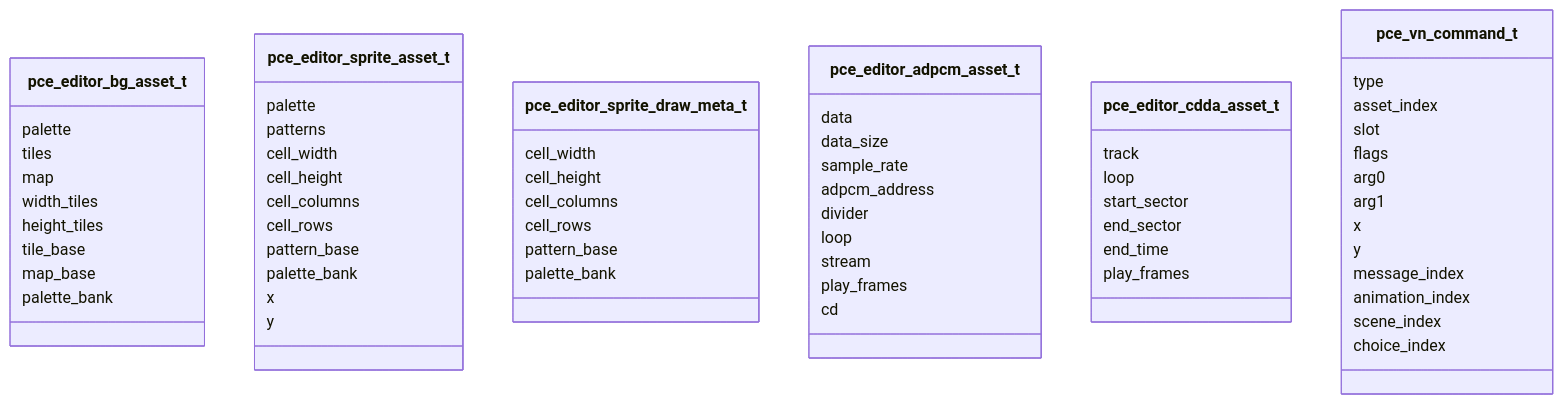
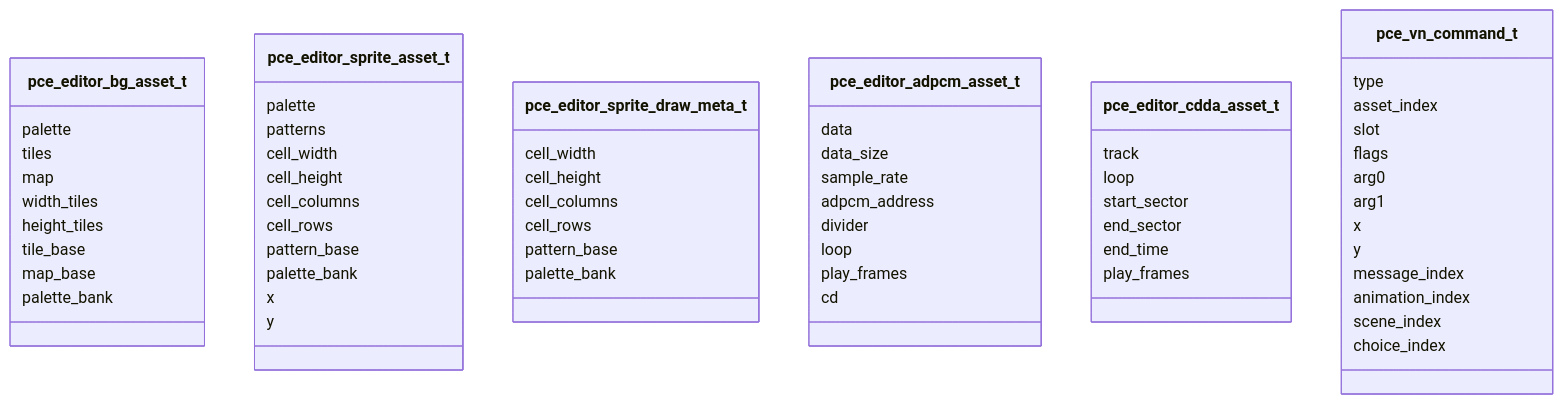
One commit to HOSSIE-JP/pce-game-editor changed the second of 6 diagrams in docs/pce-media-programming-guide.md. Above: the diagram before and after it, drawn with Mermaid. The commit also changed other lines of this file and 31 other files, not shown here.

````diff
--- a/docs/pce-media-programming-guide.md
+++ b/docs/pce-media-programming-guide.md
@@ -587,66 +583,65 @@
 ```mermaid
 classDiagram
   class pce_editor_bg_asset_t {
     palette
     tiles
     map
     width_tiles
     height_tiles
     tile_base
     map_base
     palette_bank
   }
   class pce_editor_sprite_asset_t {
     palette
     patterns
     cell_width
     cell_height
     cell_columns
     cell_rows
     pattern_base
     palette_bank
     x
     y
   }
   class pce_editor_sprite_draw_meta_t {
     cell_width
     cell_height
     cell_columns
     cell_rows
     pattern_base
     palette_bank
   }
   class pce_editor_adpcm_asset_t {
     data
     data_size
     sample_rate
     adpcm_address
     divider
     loop
-    stream
     play_frames
     cd
   }
   class pce_editor_cdda_asset_t {
     track
     loop
     start_sector
     end_sector
     end_time
     play_frames
   }
   class pce_vn_command_t {
     type
     asset_index
     slot
     flags
     arg0
     arg1
     x
     y
     message_index
     animation_index
     scene_index
     choice_index
   }
 ```
````
